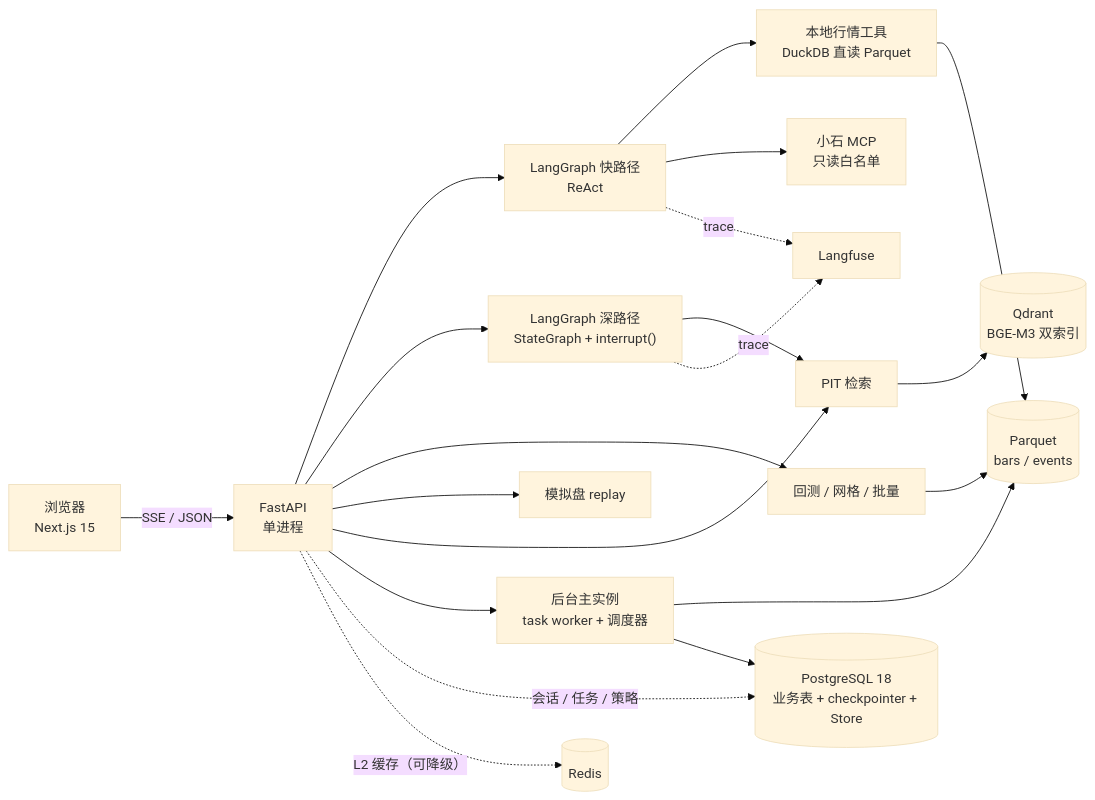
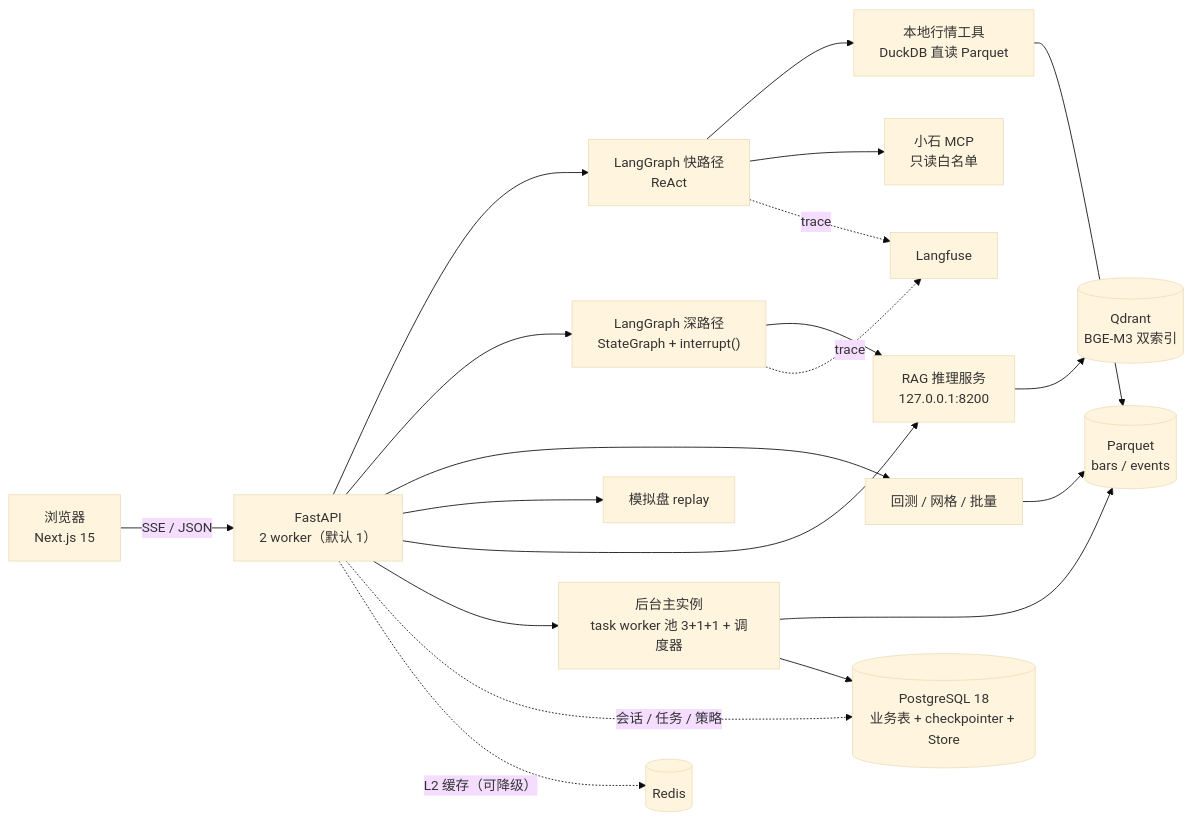
One commit to Q-77-i/QuantSage changed the diagram in docs/enterprise/architecture.md. Above: the diagram before and after it, drawn with Mermaid (base theme). The commit also changed other lines of this file and 4 other files, not shown here.

````diff
--- a/docs/enterprise/architecture.md
+++ b/docs/enterprise/architecture.md
@@ -33,23 +33,23 @@
 ```mermaid
 flowchart LR
-    UI["浏览器<br/>Next.js 15"] -->|"SSE / JSON"| API["FastAPI<br/>单进程"]
+    UI["浏览器<br/>Next.js 15"] -->|"SSE / JSON"| API["FastAPI<br/>2 worker（默认 1）"]
     API --> AG["LangGraph 快路径<br/>ReAct"]
     API --> DEEP["LangGraph 深路径<br/>StateGraph + interrupt()"]
     API --> BT["回测 / 网格 / 批量"]
     API --> PAPER["模拟盘 replay"]
-    API --> RAG["PIT 检索"]
-    API --> BG["后台主实例<br/>task worker + 调度器"]
+    API --> RAG["RAG 推理服务<br/>127.0.0.1:8200"]
+    API --> BG["后台主实例<br/>task worker 池 3+1+1 + 调度器"]
 
     AG --> LOCAL["本地行情工具<br/>DuckDB 直读 Parquet"]
     AG --> XS["小石 MCP<br/>只读白名单"]
     DEEP --> RAG
     BT --> PQ[("Parquet<br/>bars / events")]
     LOCAL --> PQ
     RAG --> QD[("Qdrant<br/>BGE-M3 双索引")]
     BG --> PQ
     BG --> PG[("PostgreSQL 18<br/>业务表 + checkpointer + Store")]
     API -.->|"会话 / 任务 / 策略"| PG
     API -.->|"L2 缓存（可降级）"| RD[("Redis")]
     AG -.->|"trace"| LF["Langfuse"]
     DEEP -.->|"trace"| LF
 ```
````
